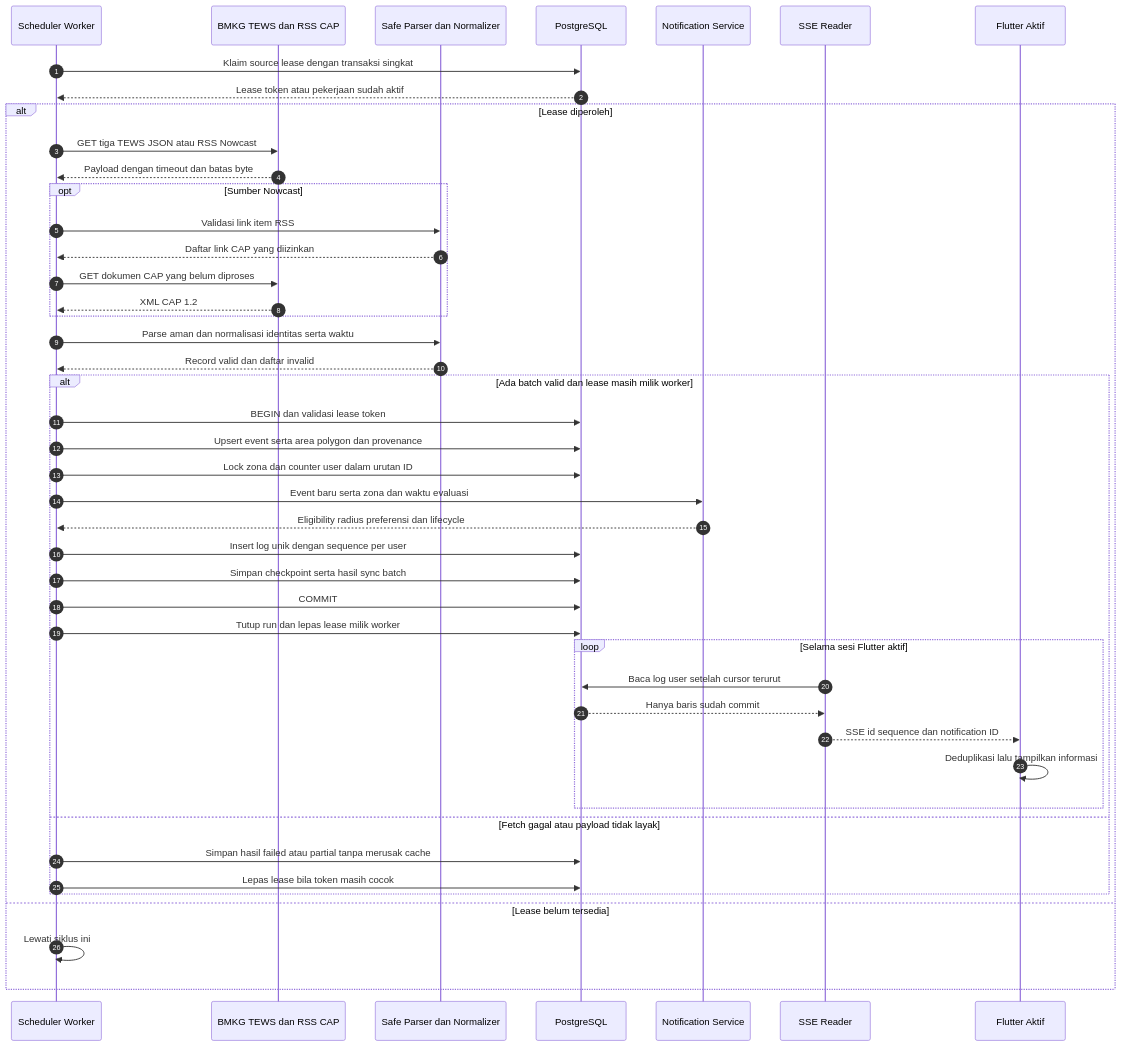
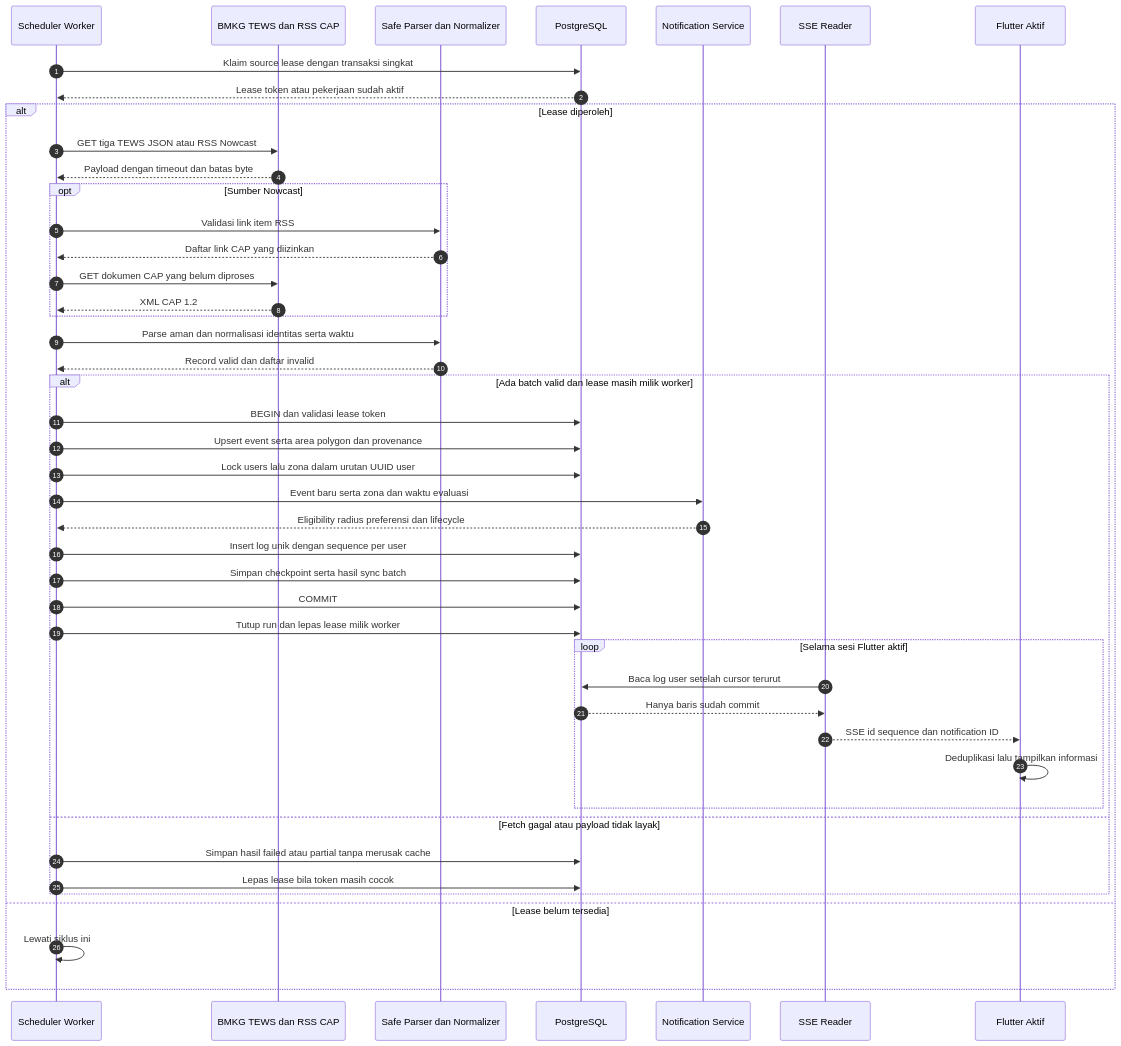
Before and after one commit to 4jeeh/siaga-bencana: the fourth of 7 diagrams in docs/ARCHITECTURE.md, drawn with Mermaid. The commit also changed other lines of this file and 7 other files, not shown here.

Commit message:
docs: complete Nov 16 planning lock (ERD, API contract, and UI spec)

````diff
--- a/docs/ARCHITECTURE.md
+++ b/docs/ARCHITECTURE.md
@@ -164,47 +164,47 @@
 ```mermaid
 sequenceDiagram
     autonumber
     participant W as Scheduler Worker
     participant B as BMKG TEWS dan RSS CAP
     participant P as Safe Parser dan Normalizer
     participant D as PostgreSQL
     participant N as Notification Service
     participant S as SSE Reader
     participant M as Flutter Aktif
     W->>D: Klaim source lease dengan transaksi singkat
     D-->>W: Lease token atau pekerjaan sudah aktif
     alt Lease diperoleh
         W->>B: GET tiga TEWS JSON atau RSS Nowcast
         B-->>W: Payload dengan timeout dan batas byte
         opt Sumber Nowcast
             W->>P: Validasi link item RSS
             P-->>W: Daftar link CAP yang diizinkan
             W->>B: GET dokumen CAP yang belum diproses
             B-->>W: XML CAP 1.2
         end
         W->>P: Parse aman dan normalisasi identitas serta waktu
         P-->>W: Record valid dan daftar invalid
         alt Ada batch valid dan lease masih milik worker
             W->>D: BEGIN dan validasi lease token
             W->>D: Upsert event serta area polygon dan provenance
-            W->>D: Lock zona dan counter user dalam urutan ID
+            W->>D: Lock users lalu zona dalam urutan UUID user
             W->>N: Event baru serta zona dan waktu evaluasi
             N-->>W: Eligibility radius preferensi dan lifecycle
             W->>D: Insert log unik dengan sequence per user
             W->>D: Simpan checkpoint serta hasil sync batch
             W->>D: COMMIT
             W->>D: Tutup run dan lepas lease milik worker
             loop Selama sesi Flutter aktif
                 S->>D: Baca log user setelah cursor terurut
                 D-->>S: Hanya baris sudah commit
                 S-->>M: SSE id sequence dan notification ID
                 M->>M: Deduplikasi lalu tampilkan informasi
             end
         else Fetch gagal atau payload tidak layak
             W->>D: Simpan hasil failed atau partial tanpa merusak cache
             W->>D: Lepas lease bila token masih cocok
         end
     else Lease belum tersedia
         W->>W: Lewati siklus ini
     end
 ```
````
